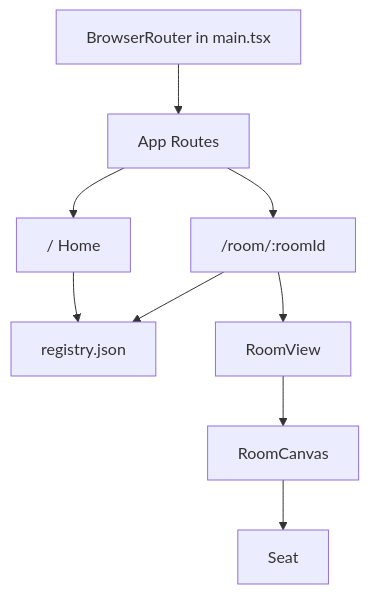
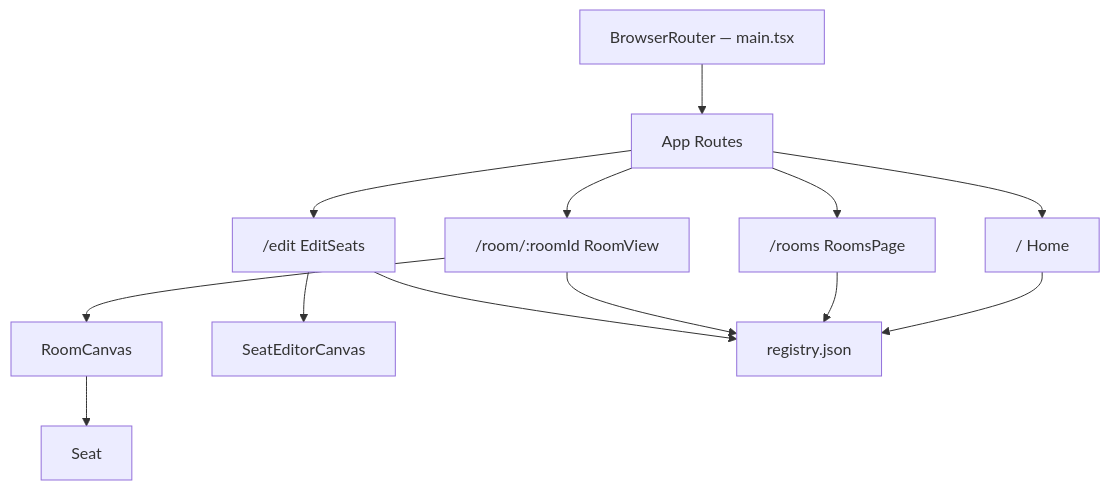
The first of 2 diagrams in README.md (bryanseah234/smuseats), drawn with Mermaid before and after one commit. The commit also changed other lines of this file and 14 other files, not shown here.

````diff
--- a/README.md
+++ b/README.md
@@ -29,11 +125,12 @@
 ```mermaid
 flowchart TD
-  A[BrowserRouter in main.tsx] --> B[App Routes]
+  A[BrowserRouter — main.tsx] --> B[App Routes]
   B --> C["/ Home"]
-  B --> D["/room/:roomId"]
-  C --> F[registry.json]
-  D --> F
-  D --> G[RoomView]
-  G --> H[RoomCanvas]
-  H --> I[Seat]
+  B --> D["/rooms RoomsPage"]
+  B --> E["/room/:roomId RoomView"]
+  B --> F["/edit EditSeats"]
+  E --> G[RoomCanvas]
+  G --> H[Seat]
+  F --> I[SeatEditorCanvas]
+  C & D & E & F --> R[registry.json]
 ```
````
